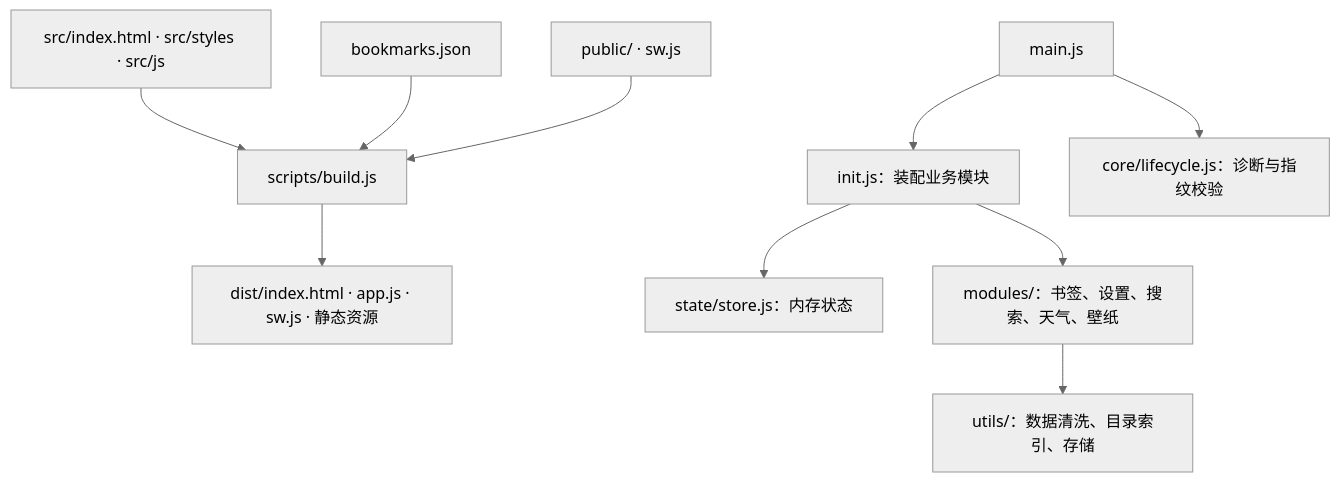
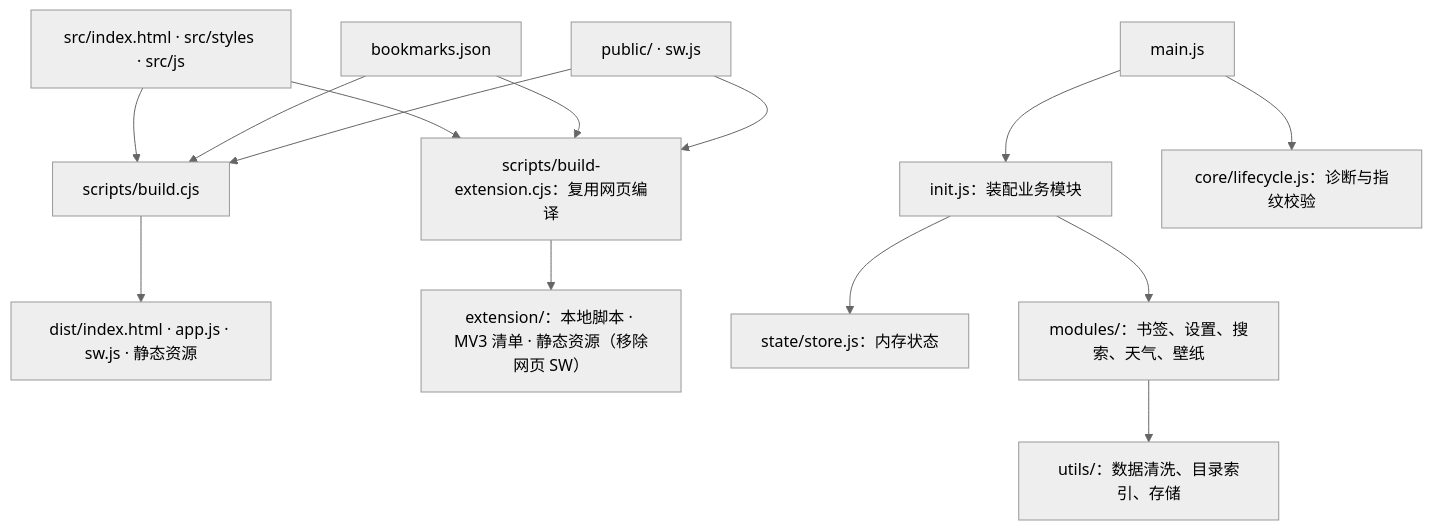
One commit to leosdcn/glass-start changed the first of 2 diagrams in docs/ARCHITECTURE.md. Above: the diagram before and after it, drawn with Mermaid (neutral theme). The commit also changed other lines of this file and 67 other files, not shown here.

````diff
--- a/docs/ARCHITECTURE.md
+++ b/docs/ARCHITECTURE.md
@@ -59,12 +81,16 @@
 ```mermaid
 flowchart TD
-    Source["src/index.html · src/styles · src/js"] --> Build["scripts/build.js"]
+    Source["src/index.html · src/styles · src/js"] --> Build["scripts/build.cjs"]
     Data["bookmarks.json"] --> Build
     Assets["public/ · sw.js"] --> Build
     Build --> Dist["dist/index.html · app.js · sw.js · 静态资源"]
+    Source --> ExtensionBuild["scripts/build-extension.cjs：复用网页编译"]
+    Data --> ExtensionBuild
+    Assets --> ExtensionBuild
+    ExtensionBuild --> Extension["extension/：本地脚本 · MV3 清单 · 静态资源（移除网页 SW）"]
     Main["main.js"] --> Init["init.js：装配业务模块"]
     Main --> Lifecycle["core/lifecycle.js：诊断与指纹校验"]
     Init --> State["state/store.js：内存状态"]
     Init --> Modules["modules/：书签、设置、搜索、天气、壁纸"]
     Modules --> Utils["utils/：数据清洗、目录索引、存储"]
 ```
````
